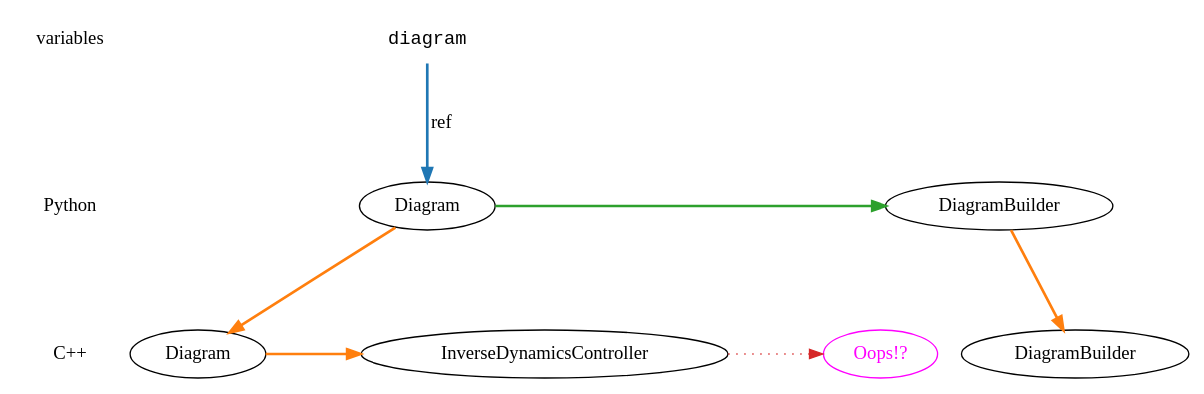
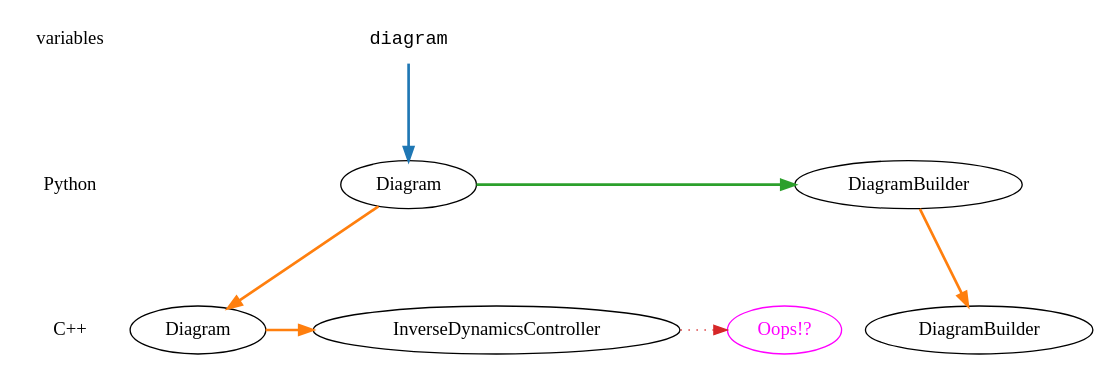
The diagram in dot/epoch0.2.dot (rpoyner-tri/drake), drawn with Graphviz before and after one commit.

```diff
--- a/dot/epoch0.2.dot
+++ b/dot/epoch0.2.dot
@@ -1,45 +1,45 @@
 digraph G {
   edge [minlen=2];
   {
     node [shape=plaintext];
     edge [style=invis];
     variables -> Python -> "C++";
   }
   {
     node [shape=plaintext, fontname="Courier"];
     diagram;
   }
   
   pydb [label="DiagramBuilder"];
   cdb [label="DiagramBuilder"];
   cidc [label="InverseDynamicsController"];
   pydgm [label="Diagram"];
   cdgm [label="Diagram"];
   X [label="Oops!?", color="fuchsia", fontcolor="fuchsia"];
   
   { rank = same; variables; diagram; }
   { rank = same; Python; pydb; pydgm; }
   { rank = same; "C++"; cdb; cidc; cdgm; X; }
   
   {
     edge [color="#1F77B4", style=bold];
-    diagram -> pydgm [label="ref"];
+    diagram -> pydgm;
   }
 
   {
     edge [color="#FF7F0E", style=bold];
     pydb -> cdb;
     pydgm -> cdgm;
     cdgm -> cidc;
   }
   
   {
     edge [color="#2CA02C", style=bold];
     pydgm -> pydb;
   }
 
   {
     edge [color="#D62728", style=dotted];
     cidc -> X;
   }
 }
```
